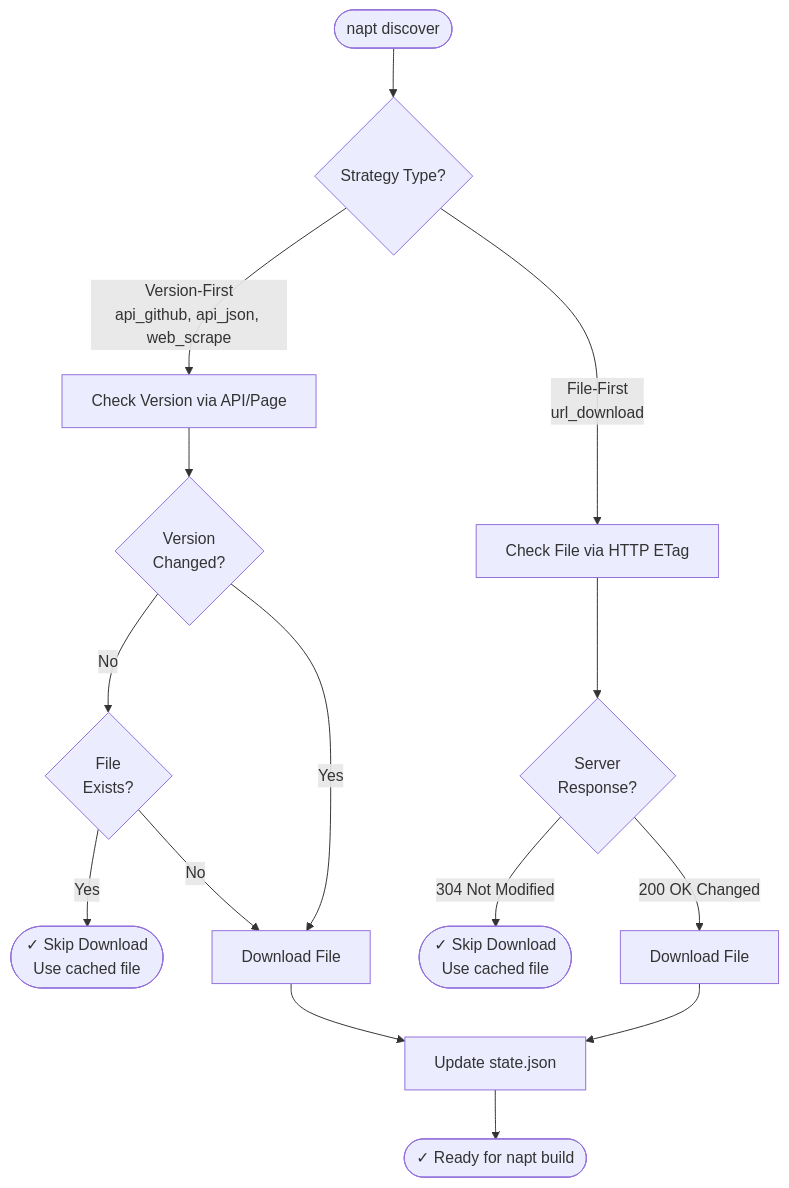
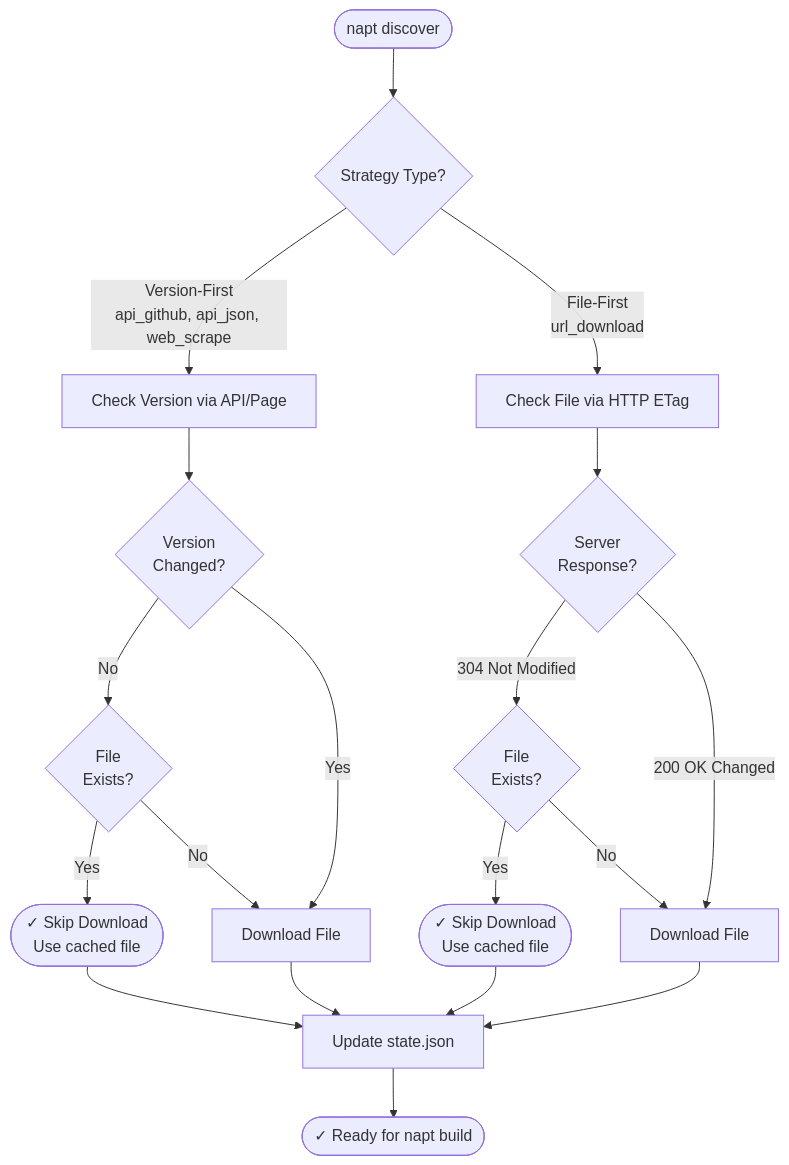
Before and after one commit to RogerCibrian/notapkgtool: the second of 2 diagrams in docs/user-guide.md, drawn with Mermaid. The commit also changed other lines of this file and 8 other files, not shown here.

First line of the commit message:
docs: improve roadmap organization and formatting

````diff
--- a/docs/user-guide.md
+++ b/docs/user-guide.md
@@ -381,21 +130,27 @@
 ```mermaid
 flowchart TD
     Start([napt discover]) --> Strategy{Strategy Type?}
     
     Strategy -->|Version-First<br/>api_github, api_json, web_scrape| CheckVersion[Check Version via API/Page]
     Strategy -->|File-First<br/>url_download| CheckETag[Check File via HTTP ETag]
     
     CheckVersion --> VersionChanged{Version<br/>Changed?}
-    VersionChanged -->|No| FileExists{File<br/>Exists?}
-    FileExists -->|Yes| SkipDownload1([✓ Skip Download<br/>Use cached file])
-    FileExists -->|No| Download1[Download File]
-    VersionChanged -->|Yes| Download1
+    VersionChanged -->|No| FileExists1{File<br/>Exists?}
+    VersionChanged -->|Yes| Download1[Download File]
     
     CheckETag --> ETagResponse{Server<br/>Response?}
-    ETagResponse -->|304 Not Modified| SkipDownload2([✓ Skip Download<br/>Use cached file])
+    ETagResponse -->|304 Not Modified| FileExists2{File<br/>Exists?}
     ETagResponse -->|200 OK Changed| Download2[Download File]
+    
+    FileExists1 -->|Yes| SkipDownload1([✓ Skip Download<br/>Use cached file])
+    FileExists1 -->|No| Download1
+    
+    FileExists2 -->|Yes| SkipDownload2([✓ Skip Download<br/>Use cached file])
+    FileExists2 -->|No| Download2
     
     Download1 --> UpdateState[Update state.json]
     Download2 --> UpdateState
+    SkipDownload1 --> UpdateState
+    SkipDownload2 --> UpdateState
     UpdateState --> Ready([✓ Ready for napt build])
 ```
````
